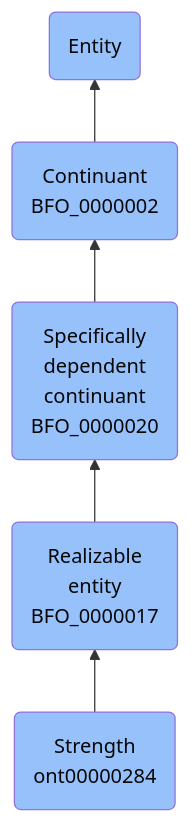
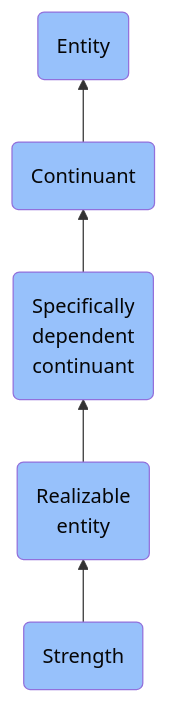
Before and after one commit to jupyter-naas/abi: the diagram in docs/ontology/reference/model/Entity/Continuant/Specifically dependent continuant/Realizable entity/Strength/Strength.md, drawn with Mermaid. The commit also changed other lines of this file and 1430 other files, not shown here.

````diff
--- a/docs/ontology/reference/model/Entity/Continuant/Specifically dependent continuant/Realizable entity/Strength/Strength.md
+++ b/docs/ontology/reference/model/Entity/Continuant/Specifically dependent continuant/Realizable entity/Strength/Strength.md
@@ -24,12 +24,12 @@
 ```mermaid
 graph BT
-    ont00000284(Strength<br>ont00000284):::BFO-->BFO_0000017
-    BFO_0000017(Realizable<br>entity<br>BFO_0000017):::BFO-->BFO_0000020
-    BFO_0000020(Specifically<br>dependent<br>continuant<br>BFO_0000020):::BFO-->BFO_0000002
-    BFO_0000002(Continuant<br>BFO_0000002):::BFO-->BFO_0000001
+    ont00000284(Strength):::BFO-->BFO_0000017
+    BFO_0000017(Realizable<br>entity):::BFO-->BFO_0000020
+    BFO_0000020(Specifically<br>dependent<br>continuant):::BFO-->BFO_0000002
+    BFO_0000002(Continuant):::BFO-->BFO_0000001
     BFO_0000001(Entity):::BFO
     
     classDef BFO fill:#97c1fb,color:#060606
     classDef CCO fill:#e4c51e,color:#060606
     classDef ABI fill:#48DD82,color:#060606
 ```
````
